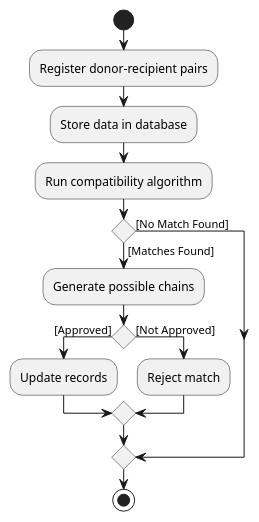
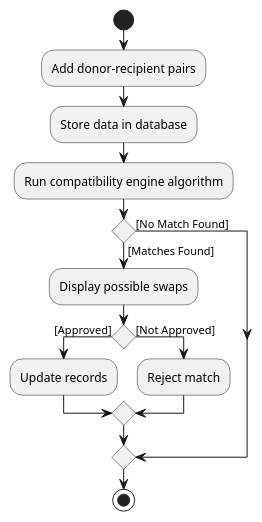
The diagram in diagrams/OrganSwapCycleActivityDiagram.puml (IsaiahToh/tp), drawn with PlantUML before and after one commit. The commit also changed 25 other files, not shown here.

```diff
--- a/diagrams/OrganSwapCycleActivityDiagram.puml
+++ b/diagrams/OrganSwapCycleActivityDiagram.puml
@@ -1,19 +1,19 @@
 @startuml
 start
 
-:Register donor-recipient pairs;
+:Add donor-recipient pairs;
 :Store data in database;
-:Run compatibility algorithm;
+:Run compatibility engine algorithm;
 
 if () then ([Matches Found])
-  :Generate possible chains;
+  :Display possible swaps;
   if () then ([Approved])
     :Update records;
   else ([Not Approved])
     :Reject match;
   endif
 else ([No Match Found])
 endif
 
 stop
 @enduml
```
